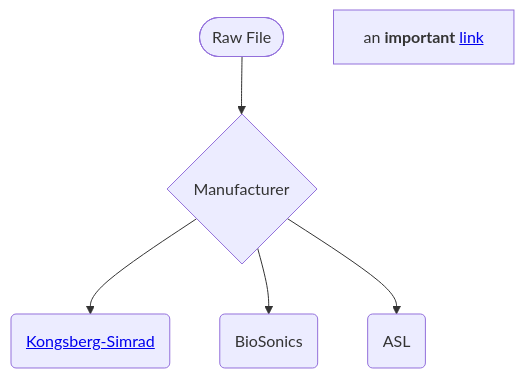
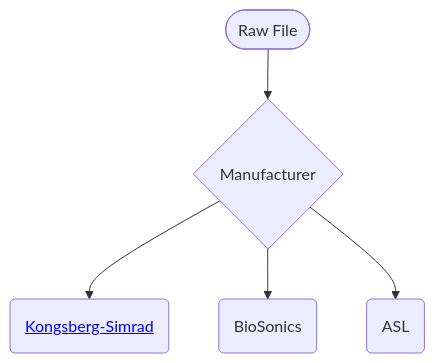
Before and after one commit to jmjech/schematic_test: the diagram in README.md, drawn with Mermaid.

Commit message:
cleaned README

````diff
--- a/README.md
+++ b/README.md
@@ -4,8 +4,7 @@
 ```mermaid
 flowchart TD;
     idRF@{ shape: stadium, label: "Raw File" }-->idMan@{ shape: diamond, label: "Manufacturer" };
     idMan-->idKS@{ shape: rounded, label: "<a href='https://github.com/jmjech/schematic_test/blob/main/Kongsberg-Simrad/README.md'>Kongsberg-Simrad</a>" };
     idMan-->idBS@{ shape: rounded, label: "BioSonics" };
     idMan-->idASL@{ shape: rounded, label: "ASL" };
-B[an <b>important</b> <a href='http://google.com'>link</a>]
 ```
````
